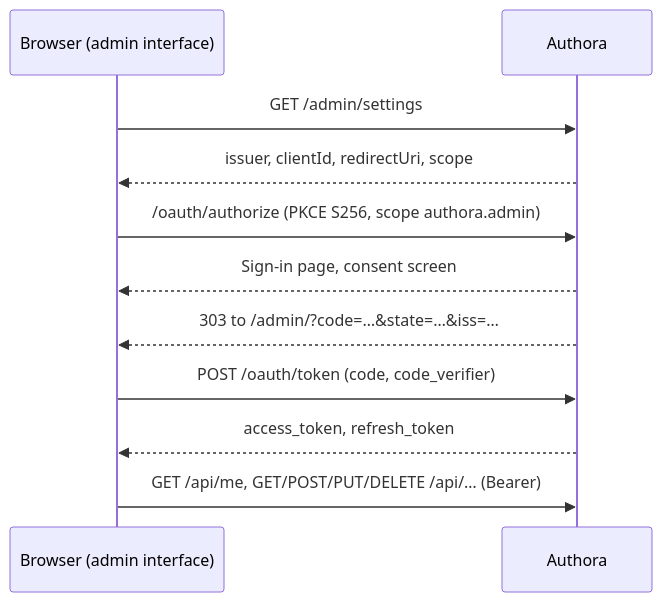
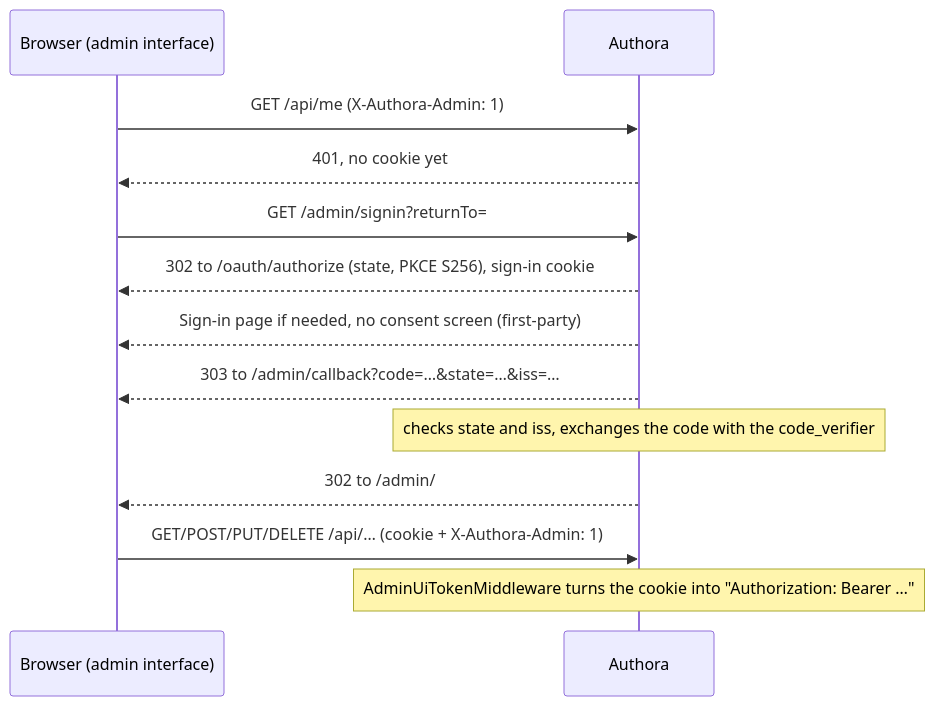
The diagram in docs/admin.md (DuttonAlan/Authora), drawn with Mermaid before and after one commit. The commit also changed other lines of this file and 60 other files, not shown here.

````diff
--- a/docs/admin.md
+++ b/docs/admin.md
@@ -16,13 +16,15 @@
 ```mermaid
 sequenceDiagram
     participant B as Browser (admin interface)
     participant A as Authora
-    B->>A: GET /admin/settings
-    A-->>B: issuer, clientId, redirectUri, scope
-    B->>A: /oauth/authorize (PKCE S256, scope authora.admin)
-    A-->>B: Sign-in page, consent screen
-    A-->>B: 303 to /admin/?code=…&state=…&iss=…
-    B->>A: POST /oauth/token (code, code_verifier)
-    A-->>B: access_token, refresh_token
-    B->>A: GET /api/me, GET/POST/PUT/DELETE /api/… (Bearer)
+    B->>A: GET /api/me (X-Authora-Admin: 1)
+    A-->>B: 401, no cookie yet
+    B->>A: GET /admin/signin?returnTo=#/users
+    A-->>B: 302 to /oauth/authorize (state, PKCE S256), sign-in cookie
+    A-->>B: Sign-in page if needed, no consent screen (first-party)
+    A-->>B: 303 to /admin/callback?code=…&state=…&iss=…
+    Note over A: checks state and iss, exchanges the code with the code_verifier
+    A-->>B: 302 to /admin/#/users, cookie __Host-authora_admin (tokens, encrypted)
+    B->>A: GET/POST/PUT/DELETE /api/… (cookie + X-Authora-Admin: 1)
+    Note over A: AdminUiTokenMiddleware turns the cookie into "Authorization: Bearer …"
 ```
````
